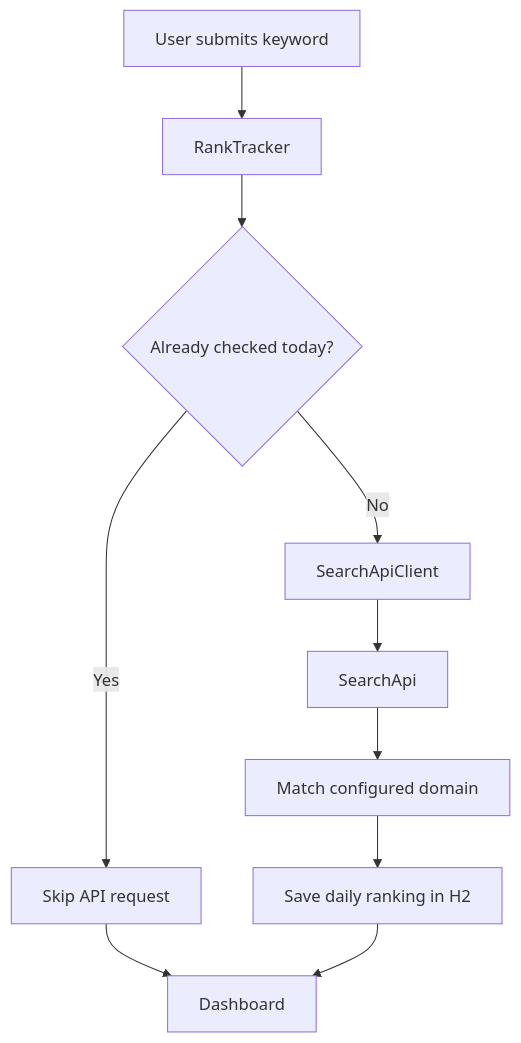
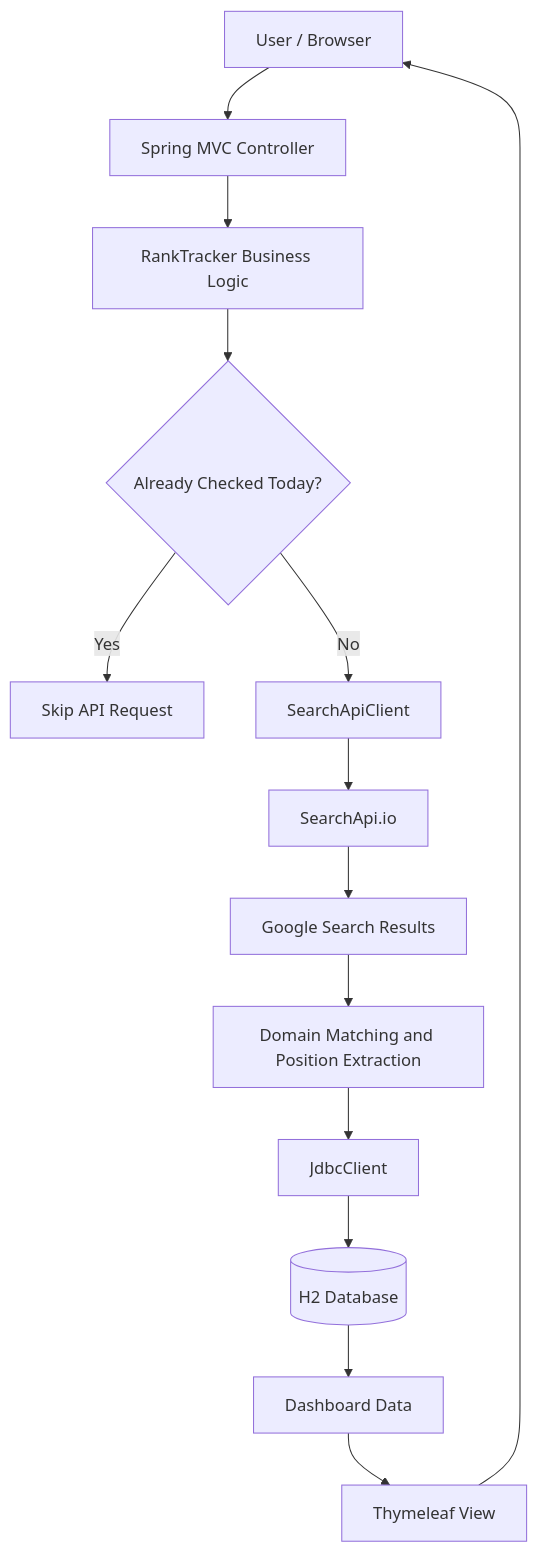
The diagram in README.md (akashsonu0/rankpulse), drawn with Mermaid before and after one commit. The commit also changed other lines of this file, not shown here.

````diff
--- a/README.md
+++ b/README.md
@@ -29,12 +103,16 @@
 ```mermaid
 flowchart TD
-    A[User submits keyword] --> B[RankTracker]
-    B --> C{Already checked today?}
-    C -- Yes --> G[Skip API request]
-    C -- No --> D[SearchApiClient]
-    D --> E[SearchApi]
-    E --> F[Match configured domain]
-    F --> H[Save daily ranking in H2]
-    G --> I[Dashboard]
-    H --> I
+    A[User / Browser] --> B[Spring MVC Controller]
+    B --> C[RankTracker Business Logic]
+    C --> D{Already Checked Today?}
+    D -->|Yes| E[Skip API Request]
+    D -->|No| F[SearchApiClient]
+    F --> G[SearchApi.io]
+    G --> H[Google Search Results]
+    H --> I[Domain Matching and Position Extraction]
+    I --> J[JdbcClient]
+    J --> K[(H2 Database)]
+    K --> L[Dashboard Data]
+    L --> M[Thymeleaf View]
+    M --> A
 ```
````
